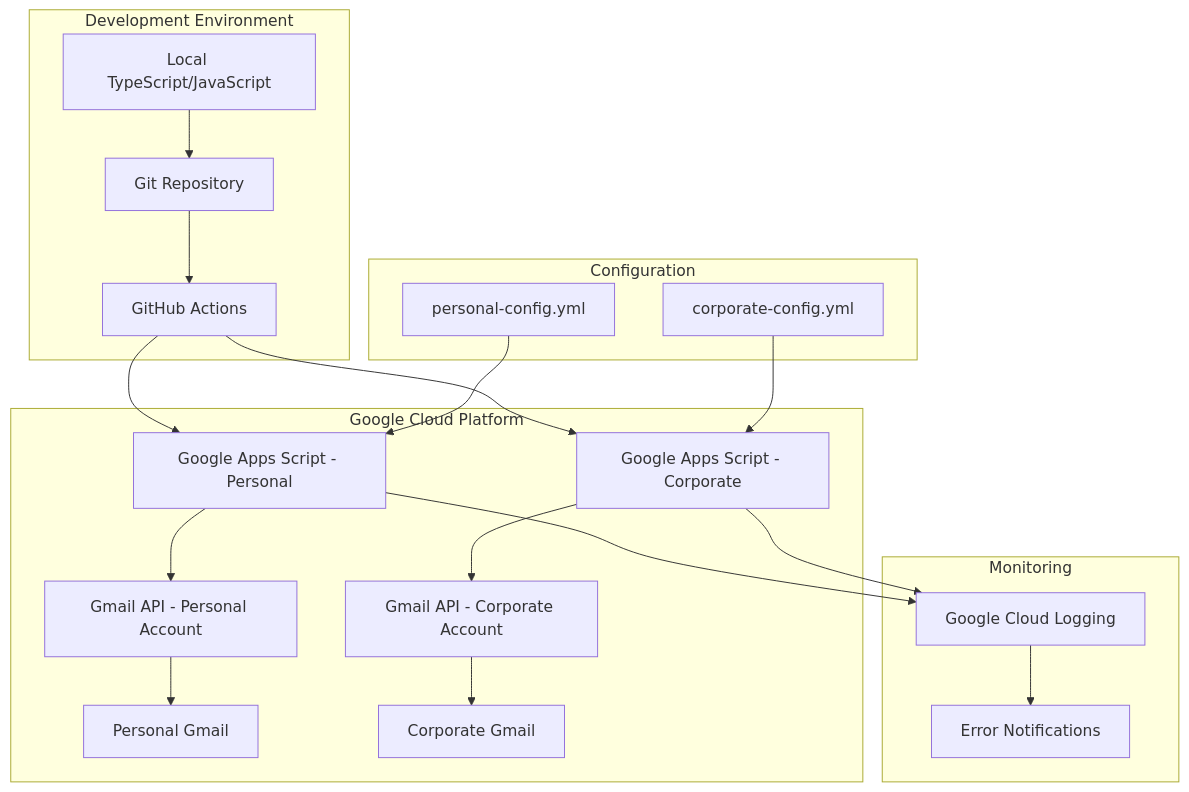
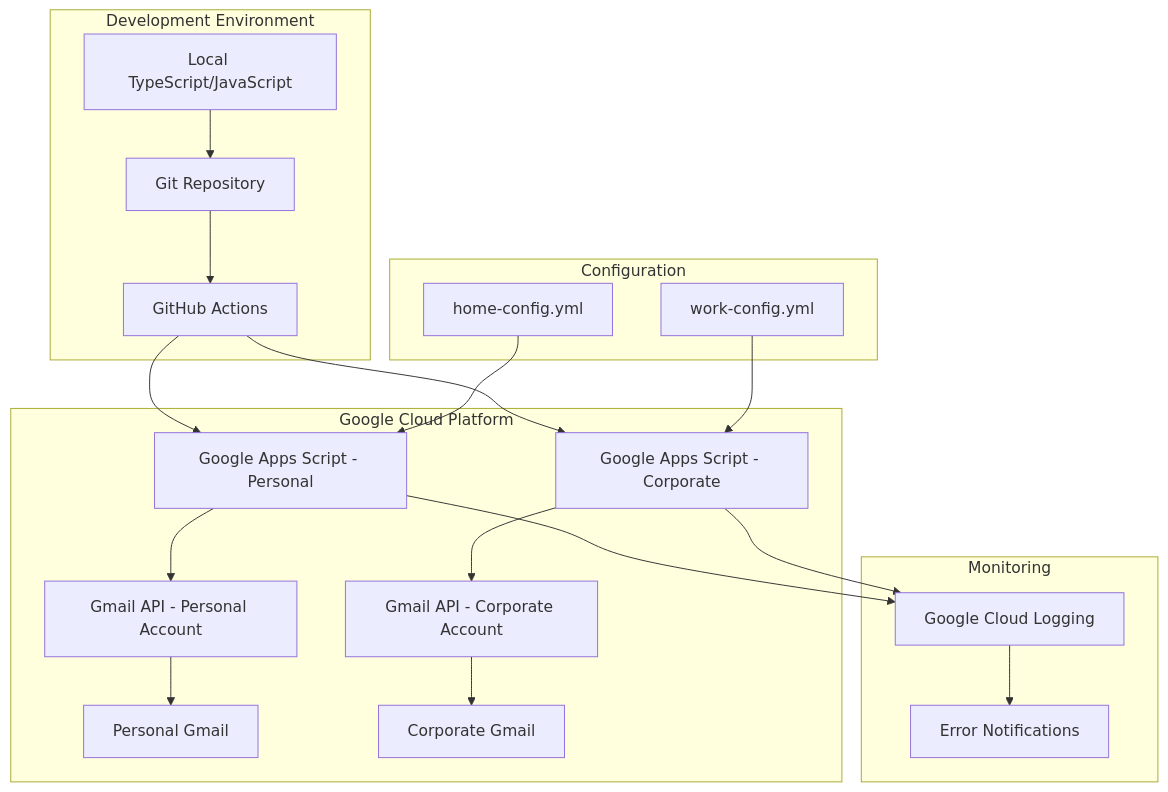
Before and after one commit to scottidler/sieve: the diagram in docs/architecture.md, drawn with Mermaid. The commit also changed other lines of this file and 6 other files, not shown here.

````diff
--- a/docs/architecture.md
+++ b/docs/architecture.md
@@ -38,29 +40,29 @@
 ```mermaid
 graph TB
     subgraph "Development Environment"
         A[Local TypeScript/JavaScript] --> B[Git Repository]
         B --> C[GitHub Actions]
     end
 
     subgraph "Google Cloud Platform"
         C --> D[Google Apps Script - Personal]
         C --> E[Google Apps Script - Corporate]
 
         D --> F[Gmail API - Personal Account]
         E --> G[Gmail API - Corporate Account]
 
         F --> H[Personal Gmail]
         G --> I[Corporate Gmail]
     end
 
     subgraph "Configuration"
-        J[personal-config.yml] --> D
-        K[corporate-config.yml] --> E
+        J[home-config.yml] --> D
+        K[work-config.yml] --> E
     end
 
     subgraph "Monitoring"
         D --> L[Google Cloud Logging]
         E --> L
         L --> M[Error Notifications]
     end
 ```
````
